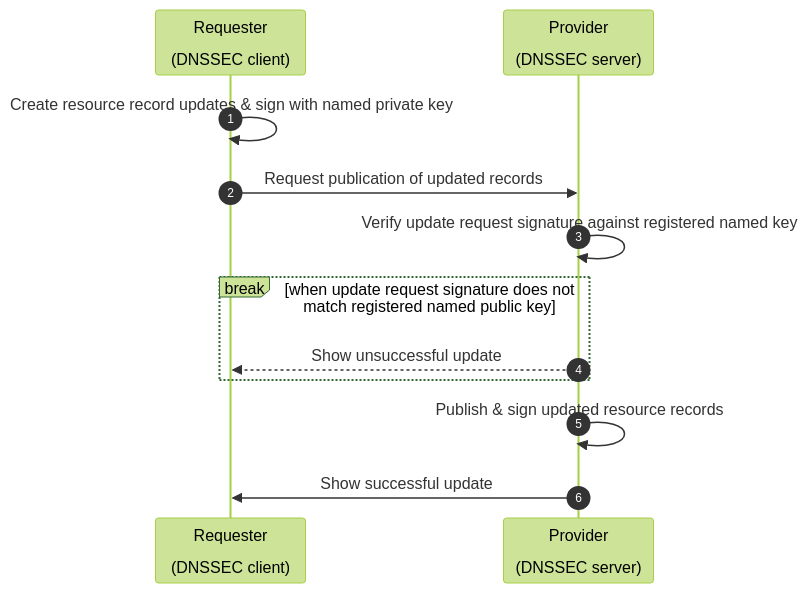
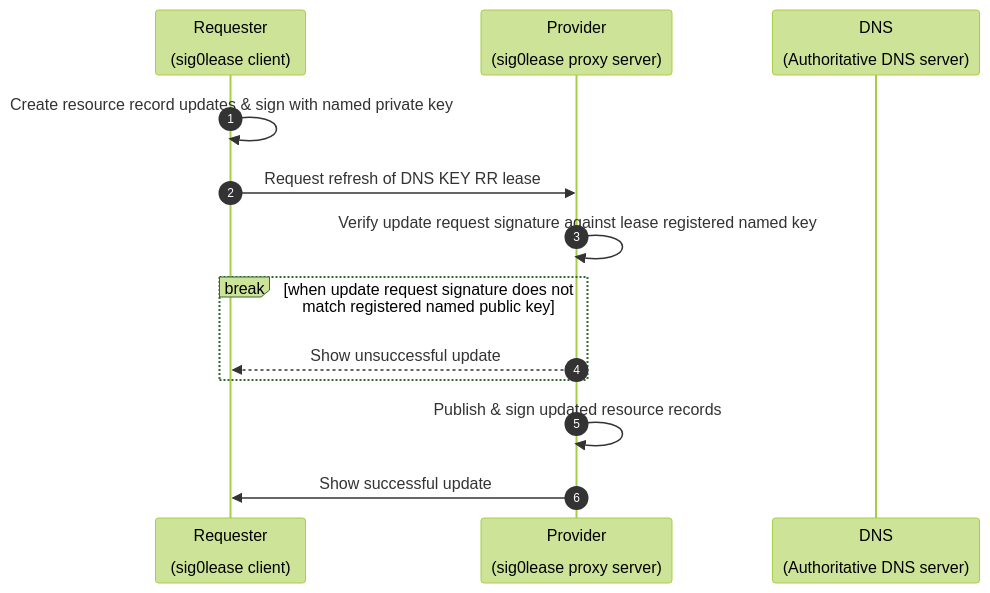
Before and after one commit to NetworkCommons/sig0lease: the second of 2 diagrams in README.md, drawn with Mermaid (forest theme). The commit also changed other lines of this file, not shown here.

Commit message:
adds refresh mermaid diagram

````diff
--- a/README.md
+++ b/README.md
@@ -101,14 +99,15 @@
 ```mermaid
 sequenceDiagram
 autonumber
-  participant R as Requester<br><br> (DNSSEC client)
-  participant P as Provider<br><br>(DNSSEC server)
+  participant R as Requester<br><br> (sig0lease client)
+  participant P as Provider<br><br>(sig0lease proxy server)
+  participant D as DNS<br><br>(Authoritative DNS server)
   R->>R: Create resource record updates & sign with named private key
-  R->>P: Request publication of updated records
-  P->>P: Verify update request signature against registered named key
+  R->>P: Request refresh of DNS KEY RR lease
+  P->>P: Verify update request signature against lease registered named key
   break when update request signature does not match registered named public key
     P-->>R: Show unsuccessful update
   end
   P->>P: Publish & sign updated resource records
   P->>R: Show successful update
 ```
````
